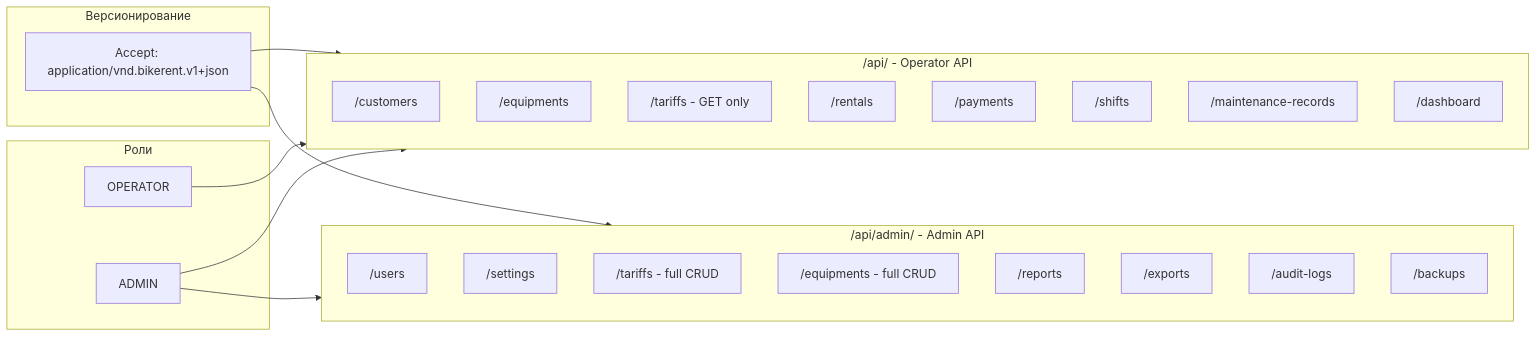
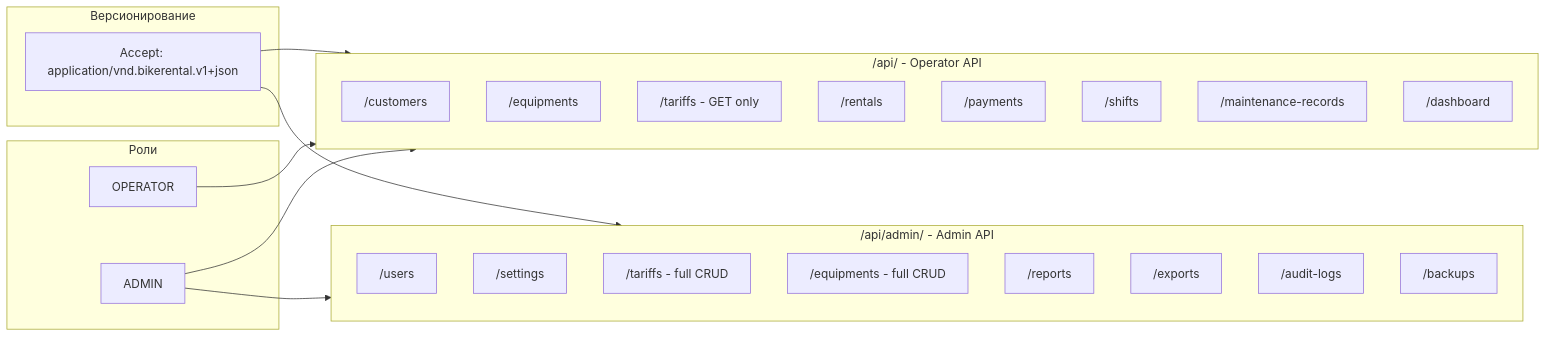
One commit to JenkaBY/bike-rental changed the fifth of 5 diagrams in .cursor/plans/bikerent_architecture_design_761a6a21.plan.md. Above: the diagram before and after it, drawn with Mermaid. The commit also changed other lines of this file and 55 other files, not shown here.

````diff
--- a/.cursor/plans/bikerent_architecture_design_761a6a21.plan.md
+++ b/.cursor/plans/bikerent_architecture_design_761a6a21.plan.md
@@ -902,39 +902,39 @@
 ```mermaid
 flowchart LR
     subgraph Versioning [Версионирование]
-        V1["Accept: application/vnd.bikerent.v1+json"]
+      V1["Accept: application/vnd.bikerental.v1+json"]
     end
 
     subgraph Roles [Роли]
         OPERATOR[OPERATOR]
         ADMIN[ADMIN]
     end
 
     subgraph OperatorAPI ["/api/ - Operator API"]
         op_customers["/customers"]
         op_equipments["/equipments"]
         op_tariffs["/tariffs - GET only"]
         op_rentals["/rentals"]
         op_payments["/payments"]
         op_shifts["/shifts"]
         op_maintenance["/maintenance-records"]
         op_dashboard["/dashboard"]
     end
 
     subgraph AdminAPI ["/api/admin/ - Admin API"]
         admin_users["/users"]
         admin_settings["/settings"]
         admin_tariffs["/tariffs - full CRUD"]
         admin_equipments["/equipments - full CRUD"]
         admin_reports["/reports"]
         admin_exports["/exports"]
         admin_audit["/audit-logs"]
         admin_backups["/backups"]
     end
 
     V1 --> OperatorAPI
     V1 --> AdminAPI
     OPERATOR --> OperatorAPI
     ADMIN --> OperatorAPI
     ADMIN --> AdminAPI
 ```
````
